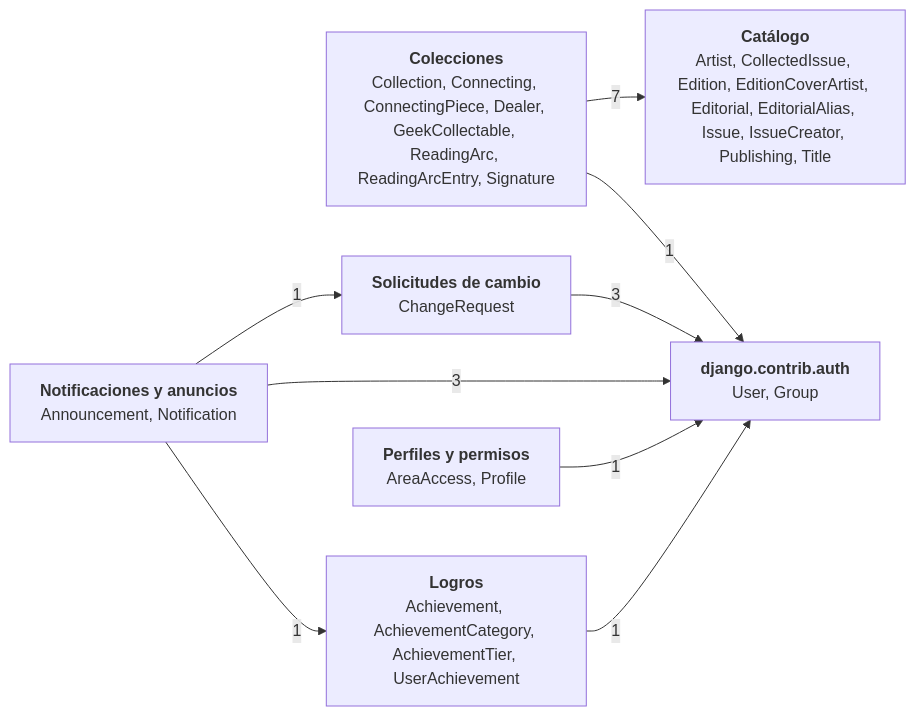
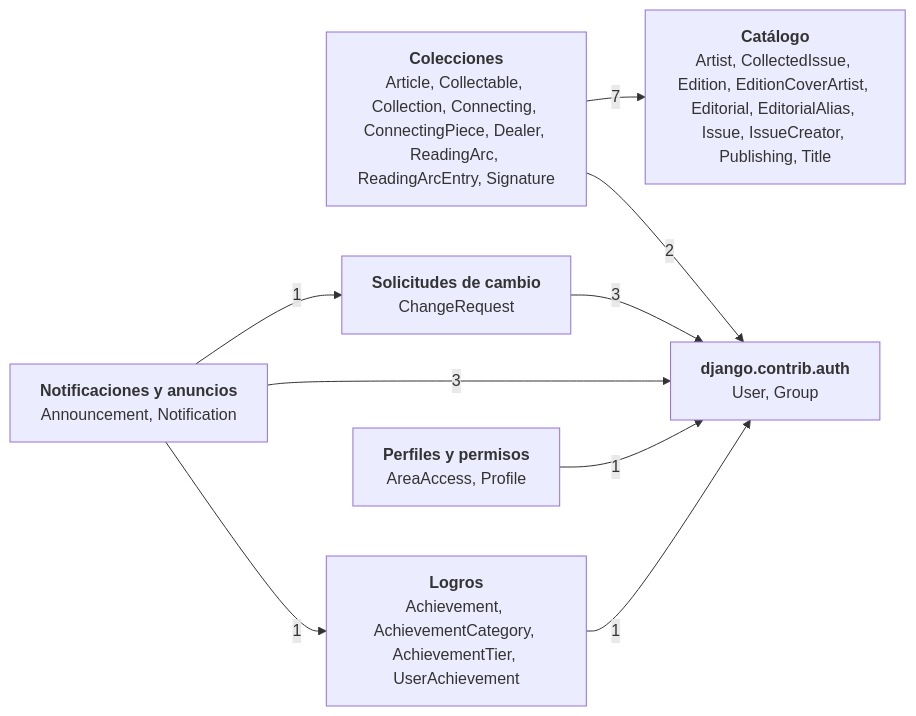
The second of 8 diagrams in README.md (DeadSpawnZ/comics), drawn with Mermaid before and after one commit. The commit also changed other lines of this file and 40 other files, not shown here.

````diff
--- a/README.md
+++ b/README.md
@@ -193,18 +194,18 @@
 ```mermaid
 flowchart LR
     catalog["<b>Catálogo</b><br/>Artist, CollectedIssue, Edition, EditionCoverArtist, Editorial, EditorialAlias, Issue, IssueCreator, Publishing, Title"]
-    collections["<b>Colecciones</b><br/>Collection, Connecting, ConnectingPiece, Dealer, GeekCollectable, ReadingArc, ReadingArcEntry, Signature"]
+    collections["<b>Colecciones</b><br/>Article, Collectable, Collection, Connecting, ConnectingPiece, Dealer, ReadingArc, ReadingArcEntry, Signature"]
     change_requests["<b>Solicitudes de cambio</b><br/>ChangeRequest"]
     achievements["<b>Logros</b><br/>Achievement, AchievementCategory, AchievementTier, UserAchievement"]
     notifications["<b>Notificaciones y anuncios</b><br/>Announcement, Notification"]
     profiles["<b>Perfiles y permisos</b><br/>AreaAccess, Profile"]
     auth["<b>django.contrib.auth</b><br/>User, Group"]
     achievements -->|1| auth
     change_requests -->|3| auth
-    collections -->|1| auth
+    collections -->|2| auth
     collections -->|7| catalog
     notifications -->|1| achievements
     notifications -->|3| auth
     notifications -->|1| change_requests
     profiles -->|1| auth
 ```
````
